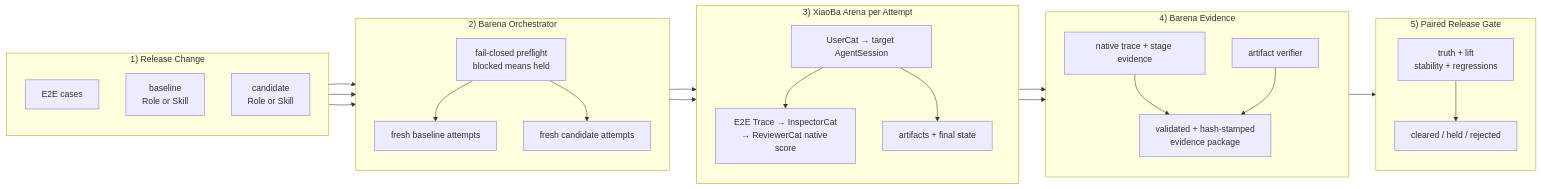
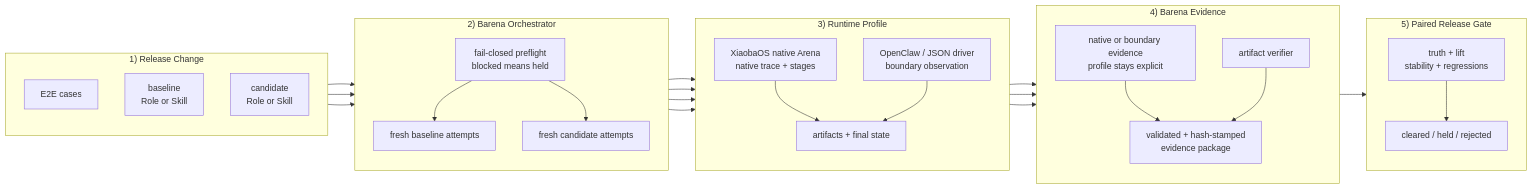
Before and after one commit to fightheyyy/barena: the diagram in README.md, drawn with Mermaid. The commit also changed other lines of this file and 75 other files, not shown here.

````diff
--- a/README.md
+++ b/README.md
@@ -55,52 +55,55 @@
 ```mermaid
 flowchart LR
     subgraph Input["1) Release Change"]
         direction TB
         Cases["E2E cases"]
         Baseline["baseline<br/>Role or Skill"]
         Candidate["candidate<br/>Role or Skill"]
     end
 
     subgraph Orchestrator["2) Barena Orchestrator"]
         direction TB
         Preflight["fail-closed preflight<br/>blocked means held"]
         BaseRuns["fresh baseline attempts"]
         CandidateRuns["fresh candidate attempts"]
         Preflight --> BaseRuns
         Preflight --> CandidateRuns
     end
 
-    subgraph Native["3) XiaoBa Arena per Attempt"]
+    subgraph Runtime["3) Runtime Profile"]
         direction TB
-        UserRun["UserCat → target AgentSession"]
-        TraceReview["E2E Trace → InspectorCat<br/>→ ReviewerCat native score"]
+        Native["XiaobaOS native Arena<br/>native trace + stages"]
+        Portable["OpenClaw / JSON driver<br/>boundary observation"]
         Artifacts["artifacts + final state"]
-        UserRun --> TraceReview
-        UserRun --> Artifacts
+        Native --> Artifacts
+        Portable --> Artifacts
     end
 
     subgraph Evidence["4) Barena Evidence"]
         direction TB
-        NativeEvidence["native trace + stage evidence"]
+        RuntimeEvidence["native or boundary evidence<br/>profile stays explicit"]
         Verifier["artifact verifier"]
         Package["validated + hash-stamped<br/>evidence package"]
-        NativeEvidence --> Package
+        RuntimeEvidence --> Package
         Verifier --> Package
     end
 
     subgraph Gate["5) Paired Release Gate"]
         direction TB
         Aggregate["truth + lift<br/>stability + regressions"]
         Decision["cleared / held / rejected"]
         Aggregate --> Decision
     end
 
     Cases --> Preflight
     Baseline --> BaseRuns
     Candidate --> CandidateRuns
-    BaseRuns --> UserRun
-    CandidateRuns --> UserRun
-    TraceReview --> NativeEvidence
+    BaseRuns --> Native
+    CandidateRuns --> Native
+    BaseRuns --> Portable
+    CandidateRuns --> Portable
+    Native --> RuntimeEvidence
+    Portable --> RuntimeEvidence
     Artifacts --> Verifier
     Package --> Aggregate
 ```
````
